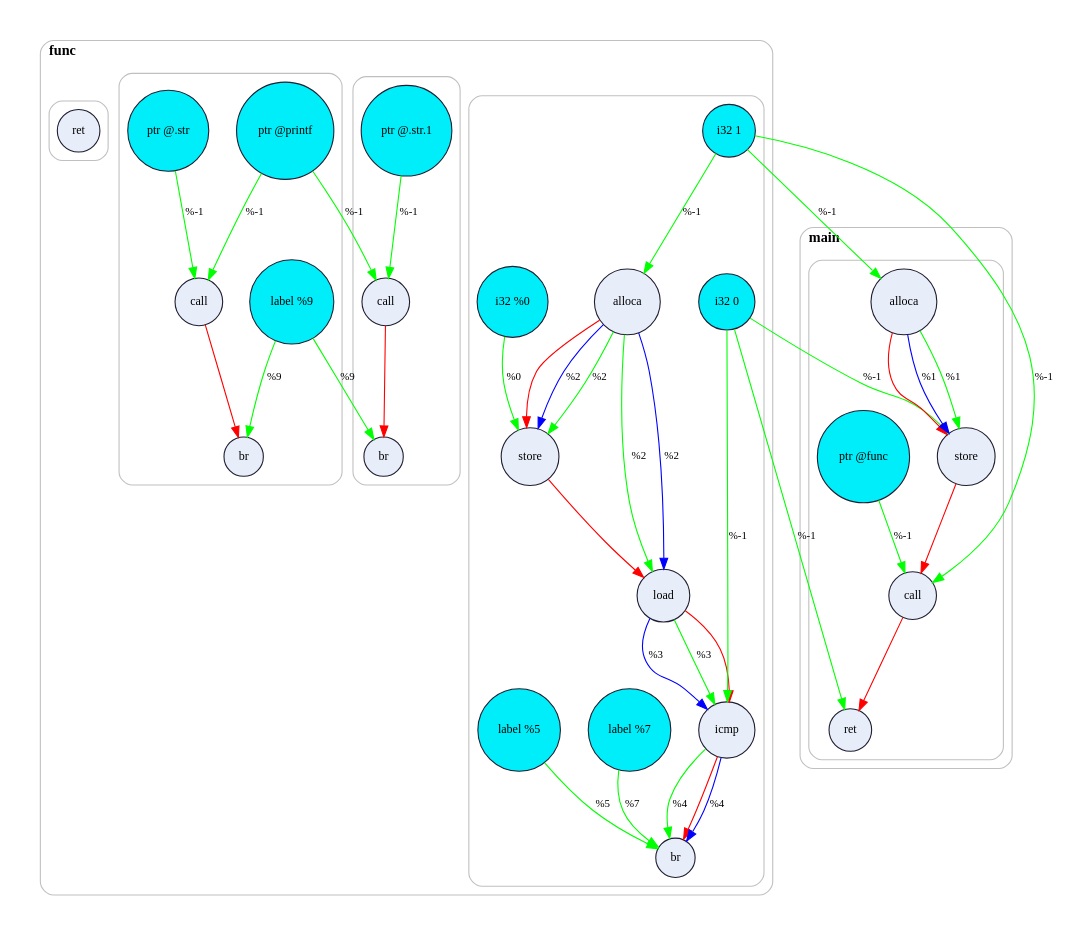
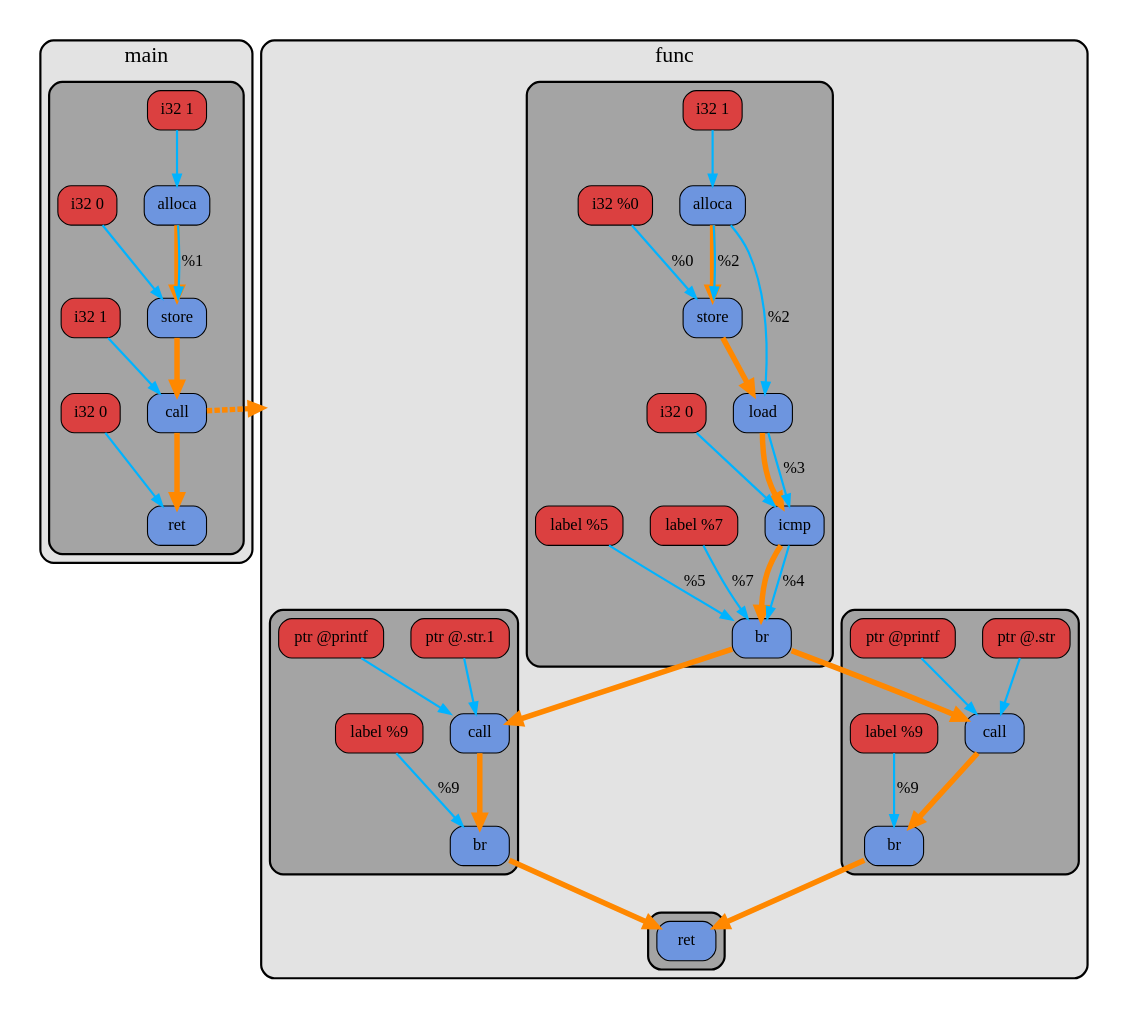
Before and after one commit to sevaphasol/llvm-ir-dumper: the diagram in examples/hello/dot/before_opt.dot, drawn with Graphviz. The commit also changed 87 other files, not shown here.

```diff
--- a/examples/hello/dot/before_opt.dot
+++ b/examples/hello/dot/before_opt.dot
@@ -1,148 +1,148 @@
 digraph "examples/hello/hello.c" {
-  graph [pad=0.3];
-  rankdir=UB;
-  newrank=true;
-  splines=true;
-  overlap=false;
-  nodesep=0.35;
-  ranksep=0.7;
-  node  [fontname="SF Pro Text Bold 10", fontsize=11];
-  edge  [fontname="SF Pro Text Bold 10", fontsize=10];
-subgraph cluster_2 {
-  style="rounded";
-  color="#C0C0C0";
-  labelloc="t";
-  labeljust="l";
-  fontsize=13;
+  graph [pad=0.3, rankdir=UB, compound=true, overlap=false, nodesep=0.35, ranksep=0.7, splines=true];
+  node [fontname="SF Pro Text Bold 10", fontsize=15];
+  edge [fontname="SF Pro Text Bold 10", fontsize=15];
+subgraph cluster_func_1 {
+  shape="box";
+  style="rounded, filled";
+  fillcolor="#e3e3e3";
+  color="#000000";
+  penwidth=2;
+  fontsize=20;
   fontname="SF Pro Text Bold 10";
-  label=<<B>func</B>>;
-subgraph cluster_2_1 {
-  style="rounded";
-  color="#C0C0C0";
-  labelloc="t";
-  labeljust="l";
-  fontsize=13;
+  label="func";
+  subgraph cluster_func_1_bb_1 {
+    shape="box";
+    style="rounded, filled";
+    fillcolor="#a4a4a4";
+    color="#000000";
+    penwidth=2;
+    fontsize=0;
+    fontname="";
+    label="";
+    n0x5f6abb8ad210 [shape="box", style="rounded, filled", fillcolor="#6d95df", color="#000000", fontcolor="#000000", label="alloca"];
+    n0x5f6abb8aad90 [shape="box", style="rounded, filled", fillcolor="#6d95df", color="#000000", fontcolor="#000000", label="store"];
+    n0x5f6abb8ea090 [shape="box", style="rounded, filled", fillcolor="#6d95df", color="#000000", fontcolor="#000000", label="load"];
+    n0x5f6abb7ae2e0 [shape="box", style="rounded, filled", fillcolor="#6d95df", color="#000000", fontcolor="#000000", label="icmp"];
+    n0x5f6abb86cef0 [shape="box", style="rounded, filled", fillcolor="#6d95df", color="#000000", fontcolor="#000000", label="br"];
+    u0x5f6abb8ad1f0 [shape="box", style="rounded, filled", fillcolor="#db4040", color="#000000", fontcolor="#000000", label="i32 1"];
+    u0x5f6abb8aad50 [shape="box", style="rounded, filled", fillcolor="#db4040", color="#000000", fontcolor="#000000", label="i32 %0"];
+    u0x5f6abb7ae2c0 [shape="box", style="rounded, filled", fillcolor="#db4040", color="#000000", fontcolor="#000000", label="i32 0"];
+    u0x5f6abb86ceb0 [shape="box", style="rounded, filled", fillcolor="#db4040", color="#000000", fontcolor="#000000", label="label %7"];
+    u0x5f6abb86ced0 [shape="box", style="rounded, filled", fillcolor="#db4040", color="#000000", fontcolor="#000000", label="label %5"];
+  }
+  subgraph cluster_func_1_bb_2 {
+    shape="box";
+    style="rounded, filled";
+    fillcolor="#a4a4a4";
+    color="#000000";
+    penwidth=2;
+    fontsize=0;
+    fontname="";
+    label="";
+    n0x5f6abb8eaf20 [shape="box", style="rounded, filled", fillcolor="#6d95df", color="#000000", fontcolor="#000000", label="call"];
+    n0x5f6abb8eafa0 [shape="box", style="rounded, filled", fillcolor="#6d95df", color="#000000", fontcolor="#000000", label="br"];
+    u0x5f6abb8eaee0 [shape="box", style="rounded, filled", fillcolor="#db4040", color="#000000", fontcolor="#000000", label="ptr @.str"];
+    u0x5f6abb8eaf00 [shape="box", style="rounded, filled", fillcolor="#db4040", color="#000000", fontcolor="#000000", label="ptr @printf"];
+    u0x5f6abb8eaf80 [shape="box", style="rounded, filled", fillcolor="#db4040", color="#000000", fontcolor="#000000", label="label %9"];
+  }
+  subgraph cluster_func_1_bb_3 {
+    shape="box";
+    style="rounded, filled";
+    fillcolor="#a4a4a4";
+    color="#000000";
+    penwidth=2;
+    fontsize=0;
+    fontname="";
+    label="";
+    n0x5f6abb8eb130 [shape="box", style="rounded, filled", fillcolor="#6d95df", color="#000000", fontcolor="#000000", label="call"];
+    n0x5f6abb8eb1b0 [shape="box", style="rounded, filled", fillcolor="#6d95df", color="#000000", fontcolor="#000000", label="br"];
+    u0x5f6abb8eb0f0 [shape="box", style="rounded, filled", fillcolor="#db4040", color="#000000", fontcolor="#000000", label="ptr @.str.1"];
+    u0x5f6abb8eb110 [shape="box", style="rounded, filled", fillcolor="#db4040", color="#000000", fontcolor="#000000", label="ptr @printf"];
+    u0x5f6abb8eb190 [shape="box", style="rounded, filled", fillcolor="#db4040", color="#000000", fontcolor="#000000", label="label %9"];
+  }
+  subgraph cluster_func_1_bb_4 {
+    shape="box";
+    style="rounded, filled";
+    fillcolor="#a4a4a4";
+    color="#000000";
+    penwidth=2;
+    fontsize=0;
+    fontname="";
+    label="";
+    n0x5f6abb8947a0 [shape="box", style="rounded, filled", fillcolor="#6d95df", color="#000000", fontcolor="#000000", label="ret"];
+  }
+}
+subgraph cluster_func_2 {
+  shape="box";
+  style="rounded, filled";
+  fillcolor="#e3e3e3";
+  color="#000000";
+  penwidth=2;
+  fontsize=20;
   fontname="SF Pro Text Bold 10";
-  label="";
-n0x5e394088bf50[shape=circle, style="filled", fillcolor="#E8EEF9", color="#1f1d31ff", fontcolor="#000000", label="alloca"];
-n0x5e39408c9d40[shape=circle, style="filled", fillcolor="#E8EEF9", color="#1f1d31ff", fontcolor="#000000", label="store"];
-n0x5e3940909170[shape=circle, style="filled", fillcolor="#E8EEF9", color="#1f1d31ff", fontcolor="#000000", label="load"];
-n0x5e39407cd2e0[shape=circle, style="filled", fillcolor="#E8EEF9", color="#1f1d31ff", fontcolor="#000000", label="icmp"];
-n0x5e394088bd40[shape=circle, style="filled", fillcolor="#E8EEF9", color="#1f1d31ff", fontcolor="#000000", label="br"];
-n0x5e394088bf50->n0x5e39408c9d40 [color="#FF0000"];
-n0x5e39408c9d40->n0x5e3940909170 [color="#FF0000"];
-n0x5e3940909170->n0x5e39407cd2e0 [color="#FF0000"];
-n0x5e39407cd2e0->n0x5e394088bd40 [color="#FF0000"];
-n0x5e394088bf50->n0x5e3940909170 [color="#0000FF", label="%2"];
-n0x5e394088bf50->n0x5e39408c9d40 [color="#0000FF", label="%2"];
-n0x5e394088bb40[shape=circle, style="filled", fillcolor="#00EEF9", color="#1f1d31ff", fontcolor="#000000", label="i32 1"];
-n0x5e394088bb40->n0x5e394088bf50 [color="#00FF00", label="%-1"];
-n0x5e3940884b40[shape=circle, style="filled", fillcolor="#00EEF9", color="#1f1d31ff", fontcolor="#000000", label="i32 %0"];
-n0x5e3940884b40->n0x5e39408c9d40 [color="#00FF00", label="%0"];
-n0x5e394088bf50->n0x5e39408c9d40 [color="#00FF00", label="%2"];
-n0x5e3940909170->n0x5e39407cd2e0 [color="#0000FF", label="%3"];
-n0x5e394088bf50->n0x5e3940909170 [color="#00FF00", label="%2"];
-n0x5e39407cd2e0->n0x5e394088bd40 [color="#0000FF", label="%4"];
-n0x5e3940909170->n0x5e39407cd2e0 [color="#00FF00", label="%3"];
-n0x5e394088c1c0[shape=circle, style="filled", fillcolor="#00EEF9", color="#1f1d31ff", fontcolor="#000000", label="i32 0"];
-n0x5e394088c1c0->n0x5e39407cd2e0 [color="#00FF00", label="%-1"];
-n0x5e39407cd2e0->n0x5e394088bd40 [color="#00FF00", label="%4"];
-n0x5e3940909100[shape=circle, style="filled", fillcolor="#00EEF9", color="#1f1d31ff", fontcolor="#000000", label="label %7"];
-n0x5e3940909100->n0x5e394088bd40 [color="#00FF00", label="%7"];
-n0x5e3940909060[shape=circle, style="filled", fillcolor="#00EEF9", color="#1f1d31ff", fontcolor="#000000", label="label %5"];
-n0x5e3940909060->n0x5e394088bd40 [color="#00FF00", label="%5"];
+  label="printf";
 }
-subgraph cluster_2_2 {
-  style="rounded";
-  color="#C0C0C0";
-  labelloc="t";
-  labeljust="l";
-  fontsize=13;
+subgraph cluster_func_3 {
+  shape="box";
+  style="rounded, filled";
+  fillcolor="#e3e3e3";
+  color="#000000";
+  penwidth=2;
+  fontsize=20;
   fontname="SF Pro Text Bold 10";
-  label="";
-n0x5e394090a010[shape=circle, style="filled", fillcolor="#E8EEF9", color="#1f1d31ff", fontcolor="#000000", label="call"];
-n0x5e394090a090[shape=circle, style="filled", fillcolor="#E8EEF9", color="#1f1d31ff", fontcolor="#000000", label="br"];
-n0x5e394090a010->n0x5e394090a090 [color="#FF0000"];
-n0x5e3940909f70[shape=circle, style="filled", fillcolor="#00EEF9", color="#1f1d31ff", fontcolor="#000000", label="ptr @.str"];
-n0x5e3940909f70->n0x5e394090a010 [color="#00FF00", label="%-1"];
-n0x5e39407cd3c8[shape=circle, style="filled", fillcolor="#00EEF9", color="#1f1d31ff", fontcolor="#000000", label="ptr @printf"];
-n0x5e39407cd3c8->n0x5e394090a010 [color="#00FF00", label="%-1"];
-n0x5e39409090b0[shape=circle, style="filled", fillcolor="#00EEF9", color="#1f1d31ff", fontcolor="#000000", label="label %9"];
-n0x5e39409090b0->n0x5e394090a090 [color="#00FF00", label="%9"];
+  label="main";
+  subgraph cluster_func_3_bb_1 {
+    shape="box";
+    style="rounded, filled";
+    fillcolor="#a4a4a4";
+    color="#000000";
+    penwidth=2;
+    fontsize=0;
+    fontname="";
+    label="";
+    n0x5f6abb8ebf10 [shape="box", style="rounded, filled", fillcolor="#6d95df", color="#000000", fontcolor="#000000", label="alloca"];
+    n0x5f6abb8ebfb0 [shape="box", style="rounded, filled", fillcolor="#6d95df", color="#000000", fontcolor="#000000", label="store"];
+    n0x5f6abb8ec050 [shape="box", style="rounded, filled", fillcolor="#6d95df", color="#000000", fontcolor="#000000", label="call"];
+    n0x5f6abb8ec170 [shape="box", style="rounded, filled", fillcolor="#6d95df", color="#000000", fontcolor="#000000", label="ret"];
+    u0x5f6abb8ebef0 [shape="box", style="rounded, filled", fillcolor="#db4040", color="#000000", fontcolor="#000000", label="i32 1"];
+    u0x5f6abb8ebf70 [shape="box", style="rounded, filled", fillcolor="#db4040", color="#000000", fontcolor="#000000", label="i32 0"];
+    u0x5f6abb8ec010 [shape="box", style="rounded, filled", fillcolor="#db4040", color="#000000", fontcolor="#000000", label="i32 1"];
+    u0x5f6abb8ec150 [shape="box", style="rounded, filled", fillcolor="#db4040", color="#000000", fontcolor="#000000", label="i32 0"];
+  }
 }
-subgraph cluster_2_3 {
-  style="rounded";
-  color="#C0C0C0";
-  labelloc="t";
-  labeljust="l";
-  fontsize=13;
-  fontname="SF Pro Text Bold 10";
-  label="";
-n0x5e394090a220[shape=circle, style="filled", fillcolor="#E8EEF9", color="#1f1d31ff", fontcolor="#000000", label="call"];
-n0x5e394090a2a0[shape=circle, style="filled", fillcolor="#E8EEF9", color="#1f1d31ff", fontcolor="#000000", label="br"];
-n0x5e394090a220->n0x5e394090a2a0 [color="#FF0000"];
-n0x5e394090a120[shape=circle, style="filled", fillcolor="#00EEF9", color="#1f1d31ff", fontcolor="#000000", label="ptr @.str.1"];
-n0x5e394090a120->n0x5e394090a220 [color="#00FF00", label="%-1"];
-n0x5e39407cd3c8[shape=circle, style="filled", fillcolor="#00EEF9", color="#1f1d31ff", fontcolor="#000000", label="ptr @printf"];
-n0x5e39407cd3c8->n0x5e394090a220 [color="#00FF00", label="%-1"];
-n0x5e39409090b0[shape=circle, style="filled", fillcolor="#00EEF9", color="#1f1d31ff", fontcolor="#000000", label="label %9"];
-n0x5e39409090b0->n0x5e394090a2a0 [color="#00FF00", label="%9"];
+n0x5f6abb8ad210 -> n0x5f6abb8aad90 [color="#ff8800", weight=10000, penwidth=5];
+n0x5f6abb8aad90 -> n0x5f6abb8ea090 [color="#ff8800", weight=10000, penwidth=5];
+n0x5f6abb8ea090 -> n0x5f6abb7ae2e0 [color="#ff8800", weight=10000, penwidth=5];
+n0x5f6abb7ae2e0 -> n0x5f6abb86cef0 [color="#ff8800", weight=10000, penwidth=5];
+n0x5f6abb8ad210 -> n0x5f6abb8ea090 [color="#00b3ff", weight=1, penwidth=2, label="%2"];
+n0x5f6abb8ad210 -> n0x5f6abb8aad90 [color="#00b3ff", weight=1, penwidth=2, label="%2"];
+u0x5f6abb8ad1f0 -> n0x5f6abb8ad210 [color="#00b3ff", weight=1, penwidth=2];
+u0x5f6abb8aad50 -> n0x5f6abb8aad90 [color="#00b3ff", weight=1, penwidth=2, label="%0"];
+n0x5f6abb8ea090 -> n0x5f6abb7ae2e0 [color="#00b3ff", weight=1, penwidth=2, label="%3"];
+n0x5f6abb7ae2e0 -> n0x5f6abb86cef0 [color="#00b3ff", weight=1, penwidth=2, label="%4"];
+u0x5f6abb7ae2c0 -> n0x5f6abb7ae2e0 [color="#00b3ff", weight=1, penwidth=2];
+u0x5f6abb86ceb0 -> n0x5f6abb86cef0 [color="#00b3ff", weight=1, penwidth=2, label="%7"];
+u0x5f6abb86ced0 -> n0x5f6abb86cef0 [color="#00b3ff", weight=1, penwidth=2, label="%5"];
+n0x5f6abb8eaf20 -> n0x5f6abb8eafa0 [color="#ff8800", weight=10000, penwidth=5];
+u0x5f6abb8eaee0 -> n0x5f6abb8eaf20 [color="#00b3ff", weight=1, penwidth=2];
+u0x5f6abb8eaf00 -> n0x5f6abb8eaf20 [color="#00b3ff", weight=1, penwidth=2];
+u0x5f6abb8eaf80 -> n0x5f6abb8eafa0 [color="#00b3ff", weight=1, penwidth=2, label="%9"];
+n0x5f6abb8eb130 -> n0x5f6abb8eb1b0 [color="#ff8800", weight=10000, penwidth=5];
+u0x5f6abb8eb0f0 -> n0x5f6abb8eb130 [color="#00b3ff", weight=1, penwidth=2];
+u0x5f6abb8eb110 -> n0x5f6abb8eb130 [color="#00b3ff", weight=1, penwidth=2];
+u0x5f6abb8eb190 -> n0x5f6abb8eb1b0 [color="#00b3ff", weight=1, penwidth=2, label="%9"];
+n0x5f6abb86cef0 -> n0x5f6abb8eaf20 [color="#ff8800", weight=10000, penwidth=5];
+n0x5f6abb86cef0 -> n0x5f6abb8eb130 [color="#ff8800", weight=10000, penwidth=5];
+n0x5f6abb8eb1b0 -> n0x5f6abb8947a0 [color="#ff8800", weight=10000, penwidth=5];
+n0x5f6abb8eafa0 -> n0x5f6abb8947a0 [color="#ff8800", weight=10000, penwidth=5];
+n0x5f6abb8ebf10 -> n0x5f6abb8ebfb0 [color="#ff8800", weight=10000, penwidth=5];
+n0x5f6abb8ebfb0 -> n0x5f6abb8ec050 [color="#ff8800", weight=10000, penwidth=5];
+n0x5f6abb8ec050 -> n0x5f6abb8ec170 [color="#ff8800", weight=10000, penwidth=5];
+n0x5f6abb8ebf10 -> n0x5f6abb8ebfb0 [color="#00b3ff", weight=1, penwidth=2, label="%1"];
+u0x5f6abb8ebef0 -> n0x5f6abb8ebf10 [color="#00b3ff", weight=1, penwidth=2];
+u0x5f6abb8ebf70 -> n0x5f6abb8ebfb0 [color="#00b3ff", weight=1, penwidth=2];
+n0x5f6abb8ec050 -> n0x5f6abb8ad210 [color="#ff8800", penwidth=5, style="dashed", constraint=false, lhead="cluster_func_1"];
+u0x5f6abb8ec010 -> n0x5f6abb8ec050 [color="#00b3ff", weight=1, penwidth=2];
+u0x5f6abb8ec150 -> n0x5f6abb8ec170 [color="#00b3ff", weight=1, penwidth=2];
 }
-subgraph cluster_2_4 {
-  style="rounded";
-  color="#C0C0C0";
-  labelloc="t";
-  labeljust="l";
-  fontsize=13;
-  fontname="SF Pro Text Bold 10";
-  label="";
-n0x5e39408d9e40[shape=circle, style="filled", fillcolor="#E8EEF9", color="#1f1d31ff", fontcolor="#000000", label="ret"];
-}
-}
-subgraph cluster_4 {
-  style="rounded";
-  color="#C0C0C0";
-  labelloc="t";
-  labeljust="l";
-  fontsize=13;
-  fontname="SF Pro Text Bold 10";
-  label=<<B>printf</B>>;
-}
-subgraph cluster_6 {
-  style="rounded";
-  color="#C0C0C0";
-  labelloc="t";
-  labeljust="l";
-  fontsize=13;
-  fontname="SF Pro Text Bold 10";
-  label=<<B>main</B>>;
-subgraph cluster_6_1 {
-  style="rounded";
-  color="#C0C0C0";
-  labelloc="t";
-  labeljust="l";
-  fontsize=13;
-  fontname="SF Pro Text Bold 10";
-  label="";
-n0x5e394090af80[shape=circle, style="filled", fillcolor="#E8EEF9", color="#1f1d31ff", fontcolor="#000000", label="alloca"];
-n0x5e394090b020[shape=circle, style="filled", fillcolor="#E8EEF9", color="#1f1d31ff", fontcolor="#000000", label="store"];
-n0x5e394090b0c0[shape=circle, style="filled", fillcolor="#E8EEF9", color="#1f1d31ff", fontcolor="#000000", label="call"];
-n0x5e394090b1e0[shape=circle, style="filled", fillcolor="#E8EEF9", color="#1f1d31ff", fontcolor="#000000", label="ret"];
-n0x5e394090af80->n0x5e394090b020 [color="#FF0000"];
-n0x5e394090b020->n0x5e394090b0c0 [color="#FF0000"];
-n0x5e394090b0c0->n0x5e394090b1e0 [color="#FF0000"];
-n0x5e394090af80->n0x5e394090b020 [color="#0000FF", label="%1"];
-n0x5e394088bb40[shape=circle, style="filled", fillcolor="#00EEF9", color="#1f1d31ff", fontcolor="#000000", label="i32 1"];
-n0x5e394088bb40->n0x5e394090af80 [color="#00FF00", label="%-1"];
-n0x5e394088c1c0[shape=circle, style="filled", fillcolor="#00EEF9", color="#1f1d31ff", fontcolor="#000000", label="i32 0"];
-n0x5e394088c1c0->n0x5e394090b020 [color="#00FF00", label="%-1"];
-n0x5e394090af80->n0x5e394090b020 [color="#00FF00", label="%1"];
-n0x5e394088bb40[shape=circle, style="filled", fillcolor="#00EEF9", color="#1f1d31ff", fontcolor="#000000", label="i32 1"];
-n0x5e394088bb40->n0x5e394090b0c0 [color="#00FF00", label="%-1"];
-n0x5e39407cc3a8[shape=circle, style="filled", fillcolor="#00EEF9", color="#1f1d31ff", fontcolor="#000000", label="ptr @func"];
-n0x5e39407cc3a8->n0x5e394090b0c0 [color="#00FF00", label="%-1"];
-n0x5e394088c1c0[shape=circle, style="filled", fillcolor="#00EEF9", color="#1f1d31ff", fontcolor="#000000", label="i32 0"];
-n0x5e394088c1c0->n0x5e394090b1e0 [color="#00FF00", label="%-1"];
-}
-}
-}
```
